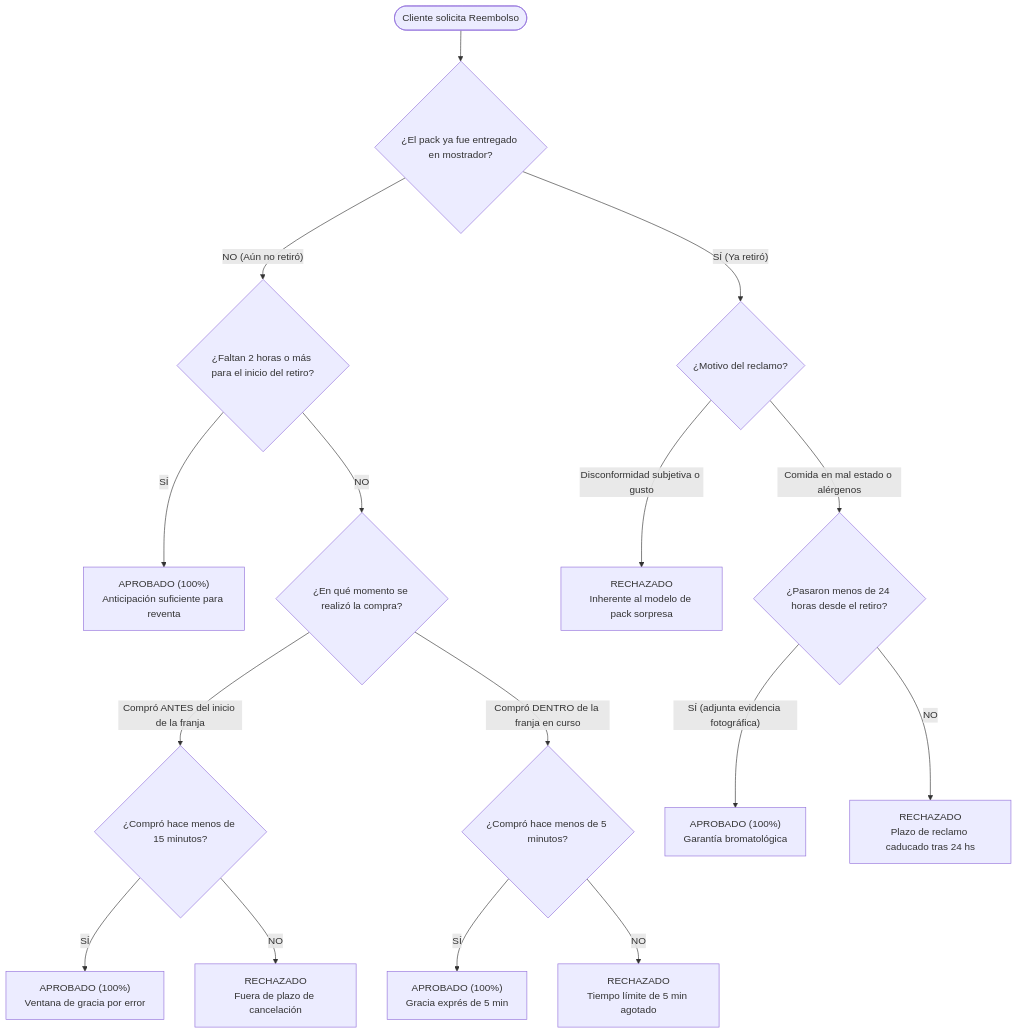
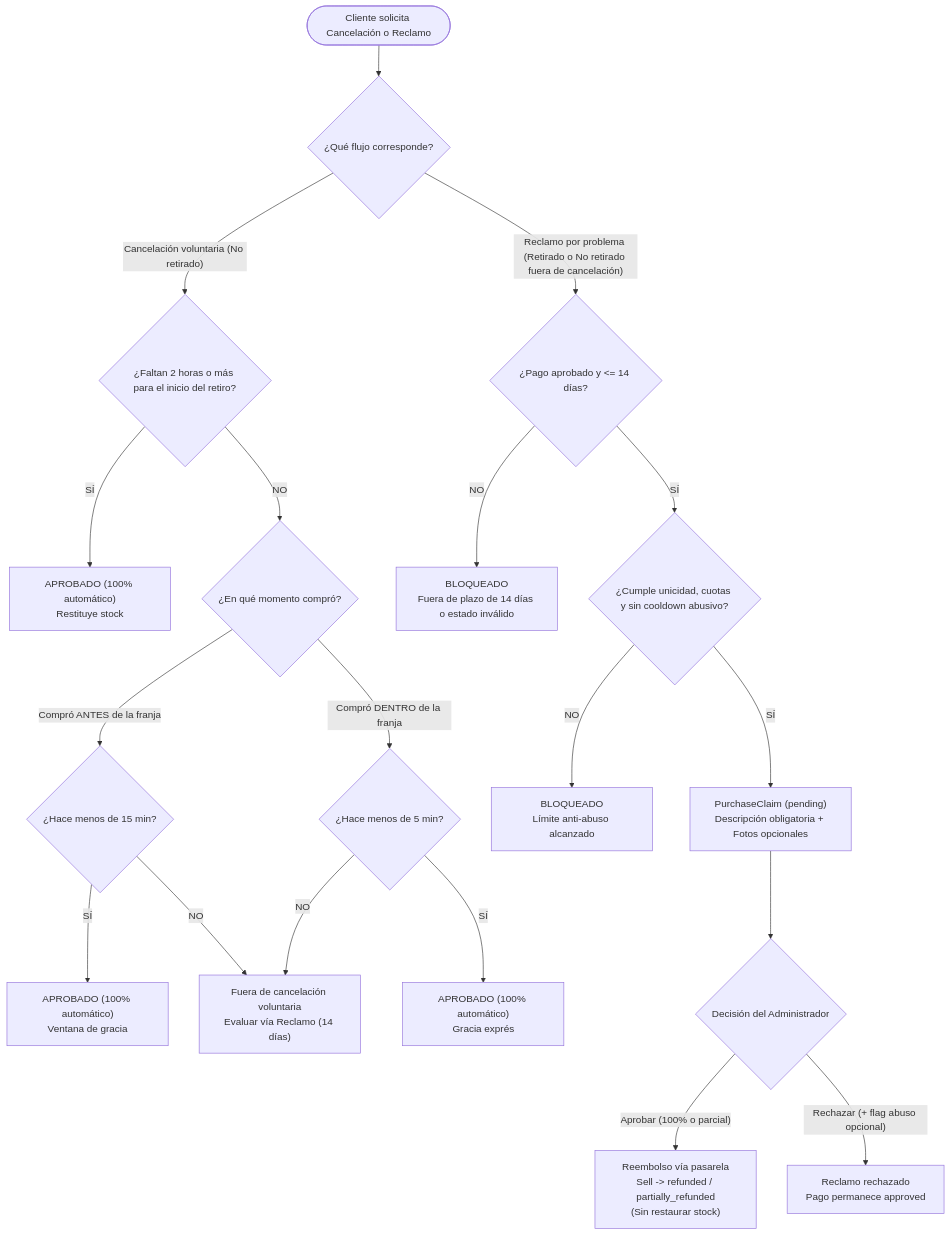
Before and after one commit to RLucasE/Tatelestai: the diagram in docs/explanation/politica-cancelacion-y-reembolsos.md, drawn with Mermaid. The commit also changed other lines of this file and 81 other files, not shown here.

````diff
--- a/docs/explanation/politica-cancelacion-y-reembolsos.md
+++ b/docs/explanation/politica-cancelacion-y-reembolsos.md
@@ -19,33 +19,33 @@
 ```mermaid
 flowchart TD
-    Start(["Cliente solicita Reembolso"]) --> CheckRetirado{"¿El pack ya fue entregado en mostrador?"}
+    Start(["Cliente solicita Cancelación o Reclamo"]) --> CheckTipo{"¿Qué flujo corresponde?"}
 
     %% ==========================================
-    %% RAMA 1: PRE-RETIRO
+    %% RAMA 1: CANCELACIÓN VOLUNTARIA PRE-RETIRO
     %% ==========================================
-    CheckRetirado -->|"NO (Aún no retiró)"| Check2h{"¿Faltan 2 horas o más para el inicio del retiro?"}
+    CheckTipo -->|"Cancelación voluntaria (No retirado)"| Check2h{"¿Faltan 2 horas o más para el inicio del retiro?"}
     
-    Check2h -->|"SÍ"| AprobadoAnticipacion["APROBADO (100%)<br/>Anticipación suficiente para reventa"]
+    Check2h -->|"SÍ"| AprobadoAnticipacion["APROBADO (100% automático)<br/>Restituye stock"]
     
-    Check2h -->|"NO"| CheckMomento{"¿En qué momento se realizó la compra?"}
+    Check2h -->|"NO"| CheckMomento{"¿En qué momento compró?"}
     
-    CheckMomento -->|"Compró ANTES del inicio de la franja"| Gracia15{"¿Compró hace menos de 15 minutos?"}
-    Gracia15 -->|"SÍ"| Aprobado15["APROBADO (100%)<br/>Ventana de gracia por error"]
-    Gracia15 -->|"NO"| RechazadoTarde["RECHAZADO<br/>Fuera de plazo de cancelación"]
+    CheckMomento -->|"Compró ANTES de la franja"| Gracia15{"¿Hace menos de 15 min?"}
+    Gracia15 -->|"SÍ"| Aprobado15["APROBADO (100% automático)<br/>Ventana de gracia"]
+    Gracia15 -->|"NO"| FlujoReclamo["Fuera de cancelación voluntaria<br/>Evaluar vía Reclamo (14 días)"]
     
-    CheckMomento -->|"Compró DENTRO de la franja en curso"| Gracia5{"¿Compró hace menos de 5 minutos?"}
-    Gracia5 -->|"SÍ"| Aprobado5["APROBADO (100%)<br/>Gracia exprés de 5 min"]
-    Gracia5 -->|"NO"| RechazadoFranja["RECHAZADO<br/>Tiempo límite de 5 min agotado"]
+    CheckMomento -->|"Compró DENTRO de la franja"| Gracia5{"¿Hace menos de 5 min?"}
+    Gracia5 -->|"SÍ"| Aprobado5["APROBADO (100% automático)<br/>Gracia exprés"]
+    Gracia5 -->|"NO"| FlujoReclamo
 
     %% ==========================================
-    %% RAMA 2: POST-RETIRO
+    %% RAMA 2: RECLAMO DE COMPRA (HASTA 14 DÍAS)
     %% ==========================================
-    CheckRetirado -->|"SÍ (Ya retiró)"| CheckMotivo{"¿Motivo del reclamo?"}
-    
-    CheckMotivo -->|"Disconformidad subjetiva o gusto"| RechazadoGusto["RECHAZADO<br/>Inherente al modelo de pack sorpresa"]
-    
-    CheckMotivo -->|"Comida en mal estado o alérgenos"| Check24h{"¿Pasaron menos de 24 horas desde el retiro?"}
-    
-    Check24h -->|"SÍ (adjunta evidencia fotográfica)"| AprobadoCalidad["APROBADO (100%)<br/>Garantía bromatológica"]
-    Check24h -->|"NO"| Rechazado24h["RECHAZADO<br/>Plazo de reclamo caducado tras 24 hs"]
+    CheckTipo -->|"Reclamo por problema (Retirado o No retirado fuera de cancelación)"| CheckVentana{"¿Pago aprobado y <= 14 días?"}
+    CheckVentana -->|"NO"| RechazadoVentana["BLOQUEADO<br/>Fuera de plazo de 14 días o estado inválido"]
+    CheckVentana -->|"SÍ"| CheckAbuso{"¿Cumple unicidad, cuotas y sin cooldown abusivo?"}
+    CheckAbuso -->|"NO"| RechazadoAbuso["BLOQUEADO<br/>Límite anti-abuso alcanzado"]
+    CheckAbuso -->|"SÍ"| Moderacion["PurchaseClaim (pending)<br/>Descripción obligatoria + Fotos opcionales"]
+    Moderacion --> DecisionAdmin{"Decisión del Administrador"}
+    DecisionAdmin -->|"Aprobar (100% o parcial)"| ReembolsoAdmin["Reembolso vía pasarela<br/>Sell -> refunded / partially_refunded<br/>(Sin restaurar stock)"]
+    DecisionAdmin -->|"Rechazar (+ flag abuso opcional)"| ReclamoRechazado["Reclamo rechazado<br/>Pago permanece approved"]
 ```
````
